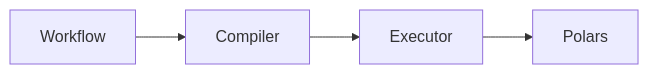
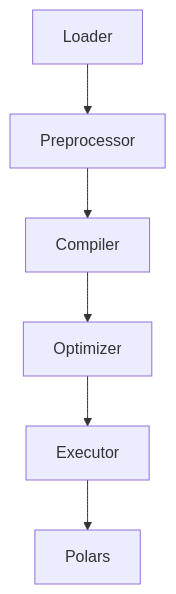
The diagram in docs/getting-started.md (Nietaktowny/Crucible), drawn with Mermaid before and after one commit. The commit also changed 19 other files, not shown here.

````diff
--- a/docs/getting-started.md
+++ b/docs/getting-started.md
@@ -3,7 +3,9 @@
 ```mermaid
-flowchart LR
+flowchart TD
 
-Workflow --> Compiler
-Compiler --> Executor
+Loader --> Preprocessor
+Preprocessor --> Compiler
+Compiler --> Optimizer
+Optimizer --> Executor
 Executor --> Polars
 ```
````
